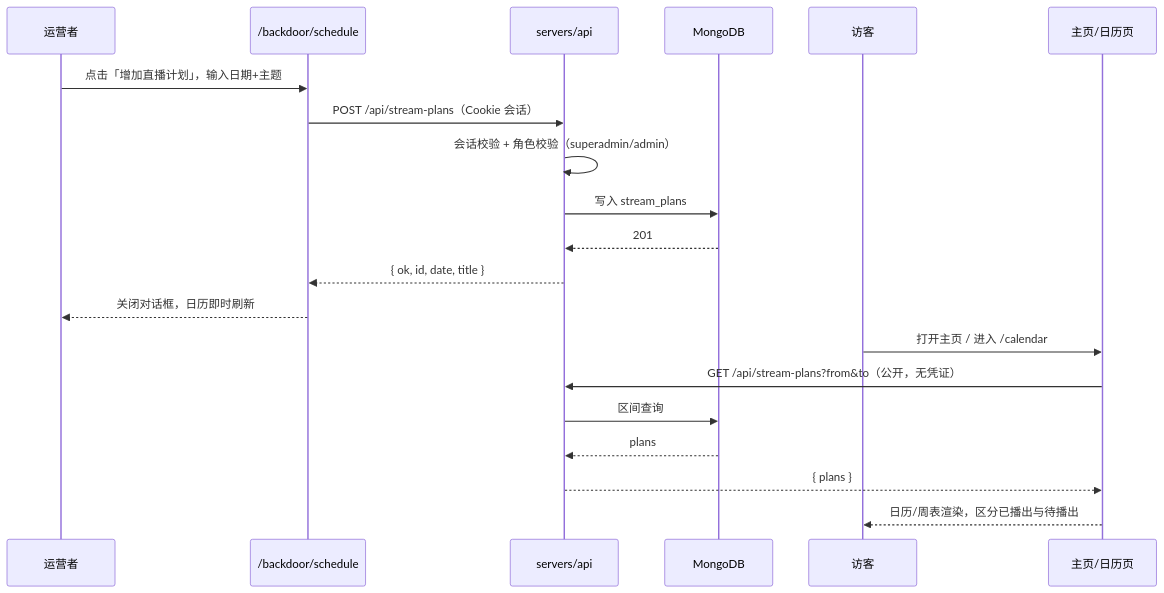
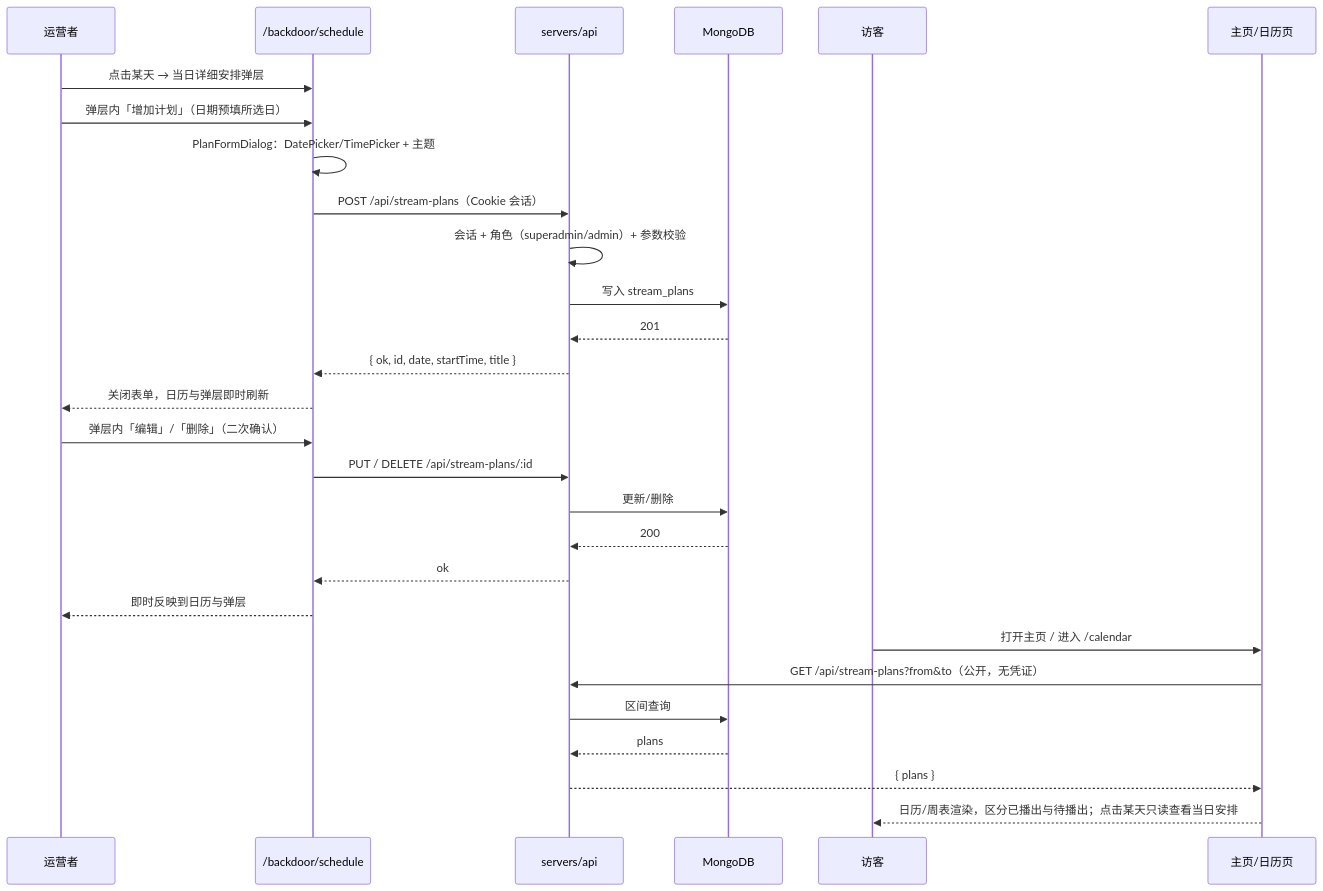
Before and after one commit to Deliay/sumire: the second of 2 diagrams in docs/engineering/proposals/2026-08-13-weekly-schedule-proposal.md, drawn with Mermaid. The commit also changed other lines of this file and 2 other files, not shown here.

````diff
--- a/docs/engineering/proposals/2026-08-13-weekly-schedule-proposal.md
+++ b/docs/engineering/proposals/2026-08-13-weekly-schedule-proposal.md
@@ -143,23 +173,31 @@
 ```mermaid
 sequenceDiagram
     participant O as 运营者
     participant B as /backdoor/schedule
     participant A as servers/api
     participant M as MongoDB
     participant V as 访客
     participant H as 主页/日历页
 
-    O->>B: 点击「增加直播计划」，输入日期+主题
+    O->>B: 点击某天 → 当日详细安排弹层
+    O->>B: 弹层内「增加计划」（日期预填所选日）
+    B->>B: PlanFormDialog：DatePicker/TimePicker + 主题
     B->>A: POST /api/stream-plans（Cookie 会话）
-    A->>A: 会话校验 + 角色校验（superadmin/admin）
+    A->>A: 会话 + 角色（superadmin/admin）+ 参数校验
     A->>M: 写入 stream_plans
     M-->>A: 201
-    A-->>B: { ok, id, date, title }
-    B-->>O: 关闭对话框，日历即时刷新
+    A-->>B: { ok, id, date, startTime, title }
+    B-->>O: 关闭表单，日历与弹层即时刷新
+    O->>B: 弹层内「编辑」/「删除」（二次确认）
+    B->>A: PUT / DELETE /api/stream-plans/:id
+    A->>M: 更新/删除
+    M-->>A: 200
+    A-->>B: ok
+    B-->>O: 即时反映到日历与弹层
     V->>H: 打开主页 / 进入 /calendar
     H->>A: GET /api/stream-plans?from&to（公开，无凭证）
     A->>M: 区间查询
     M-->>A: plans
     A-->>H: { plans }
-    H-->>V: 日历/周表渲染，区分已播出与待播出
+    H-->>V: 日历/周表渲染，区分已播出与待播出；点击某天只读查看当日安排
 ```
````
